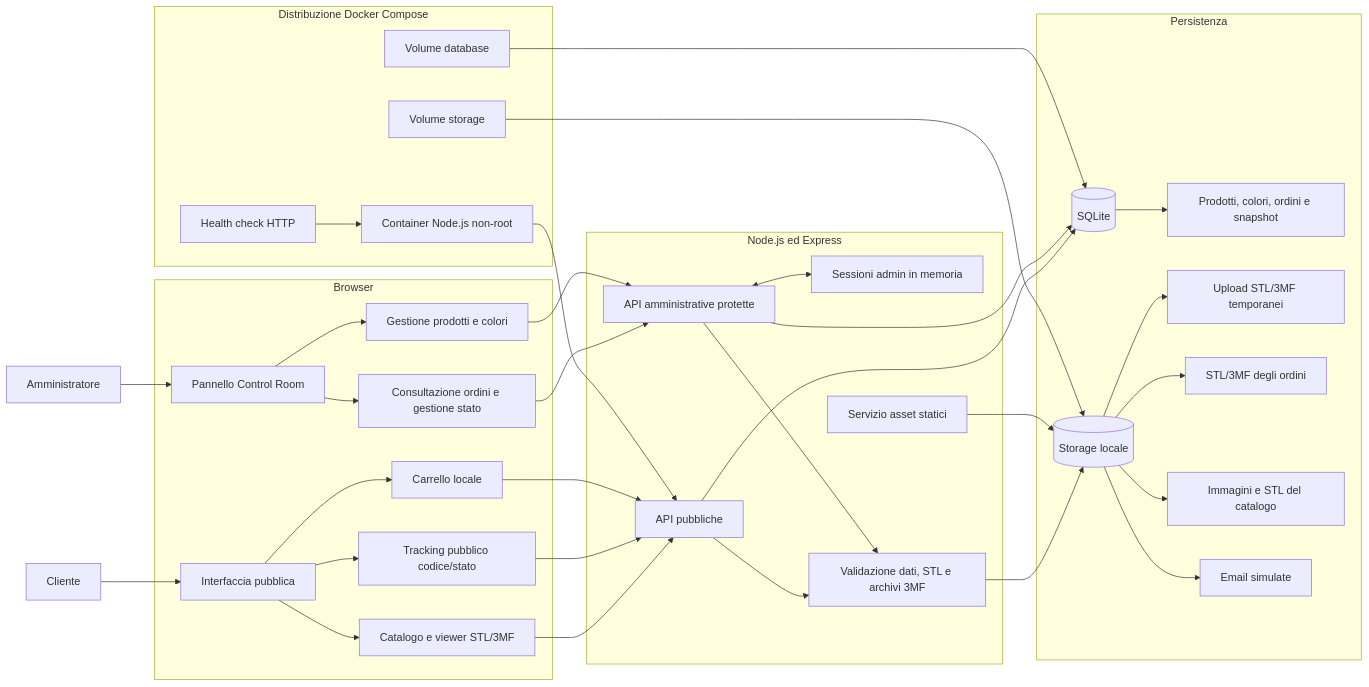
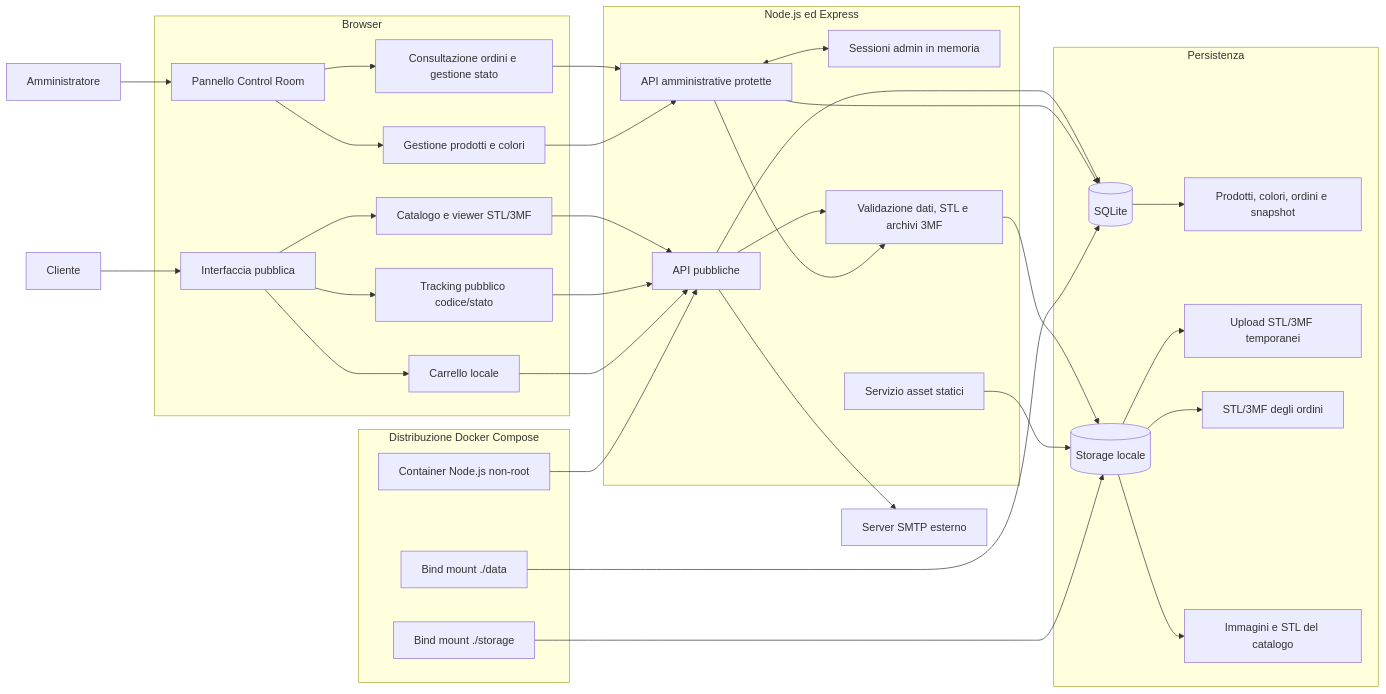
The first of 4 diagrams in docs/ARCHITETTURA.md (Moffoletta/pixel-print-lab), drawn with Mermaid before and after one commit. The commit also changed other lines of this file and 23 other files, not shown here.

````diff
--- a/docs/ARCHITETTURA.md
+++ b/docs/ARCHITETTURA.md
@@ -15,59 +15,59 @@
 ```mermaid
 flowchart LR
   Cliente[Cliente]
   Admin[Amministratore]
 
   subgraph Browser
     Pubblica[Interfaccia pubblica]
     Pannello[Pannello Control Room]
     Pubblica --> CatalogoUI[Catalogo e viewer STL/3MF]
     Pubblica --> TrackingUI[Tracking pubblico codice/stato]
     Pubblica --> Carrello[Carrello locale]
     Pannello --> OrdiniUI[Consultazione ordini e gestione stato]
     Pannello --> CatalogoAdmin[Gestione prodotti e colori]
   end
 
   subgraph Server[Node.js ed Express]
     API[API pubbliche]
     APIAdmin[API amministrative protette]
     Sessioni[Sessioni admin in memoria]
     Validazione[Validazione dati, STL e archivi 3MF]
     Asset[Servizio asset statici]
     APIAdmin <--> Sessioni
     API --> Validazione
     APIAdmin --> Validazione
   end
 
   subgraph Persistenza
     DB[(SQLite)]
     Storage[(Storage locale)]
     DB --> Tabelle[Prodotti, colori, ordini e snapshot]
     Storage --> Upload[Upload STL/3MF temporanei]
     Storage --> FileOrdini[STL/3MF degli ordini]
     Storage --> FileCatalogo[Immagini e STL del catalogo]
-    Storage --> Email[Email simulate]
   end
+
+  SMTP[Server SMTP esterno]
 
   subgraph Docker[Distribuzione Docker Compose]
     Container[Container Node.js non-root]
-    VolumeDB[Volume database]
-    VolumeStorage[Volume storage]
-    Health[Health check HTTP]
-    Health --> Container
+    BindData[Bind mount ./data]
+    BindStorage[Bind mount ./storage]
   end
 
   Cliente --> Pubblica
   Admin --> Pannello
   CatalogoUI --> API
   TrackingUI --> API
   Carrello --> API
   OrdiniUI --> APIAdmin
   CatalogoAdmin --> APIAdmin
   API --> DB
   APIAdmin --> DB
   Validazione --> Storage
   Asset --> Storage
+  API --> SMTP
   Container --> API
-  VolumeDB --> DB
-  VolumeStorage --> Storage
+  BindData --> DB
+  BindStorage --> Storage
 ```
````
